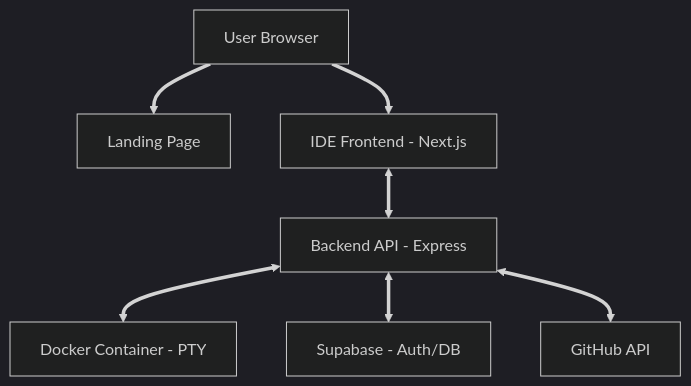
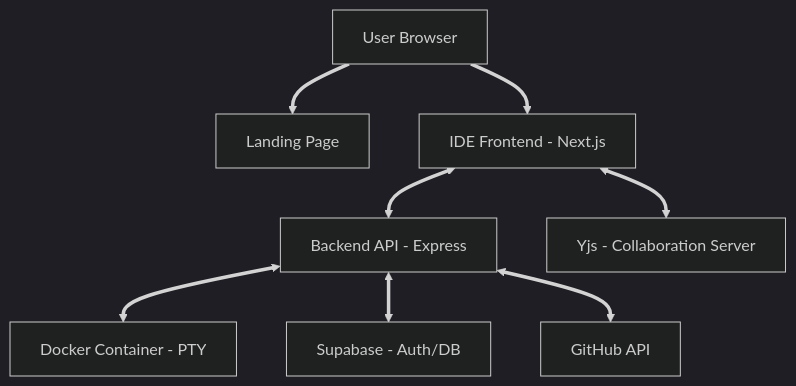
One commit to Rajani-Meet/CodeForge-Hub changed the diagram in README.md. Above: the diagram before and after it, drawn with Mermaid (dark theme). The commit also changed other lines of this file, not shown here.

````diff
--- a/README.md
+++ b/README.md
@@ -55,9 +61,10 @@
 ```mermaid
 graph TD
     A[User Browser] ==> B[Landing Page]
     A ==> C[IDE Frontend - Next.js]
     C <==> D[Backend API - Express]
     D <==> E[Docker Container - PTY]
     D <==> F[Supabase - Auth/DB]
     D <==> G[GitHub API]
+    C <==> H[Yjs - Collaboration Server]
 ```
````
